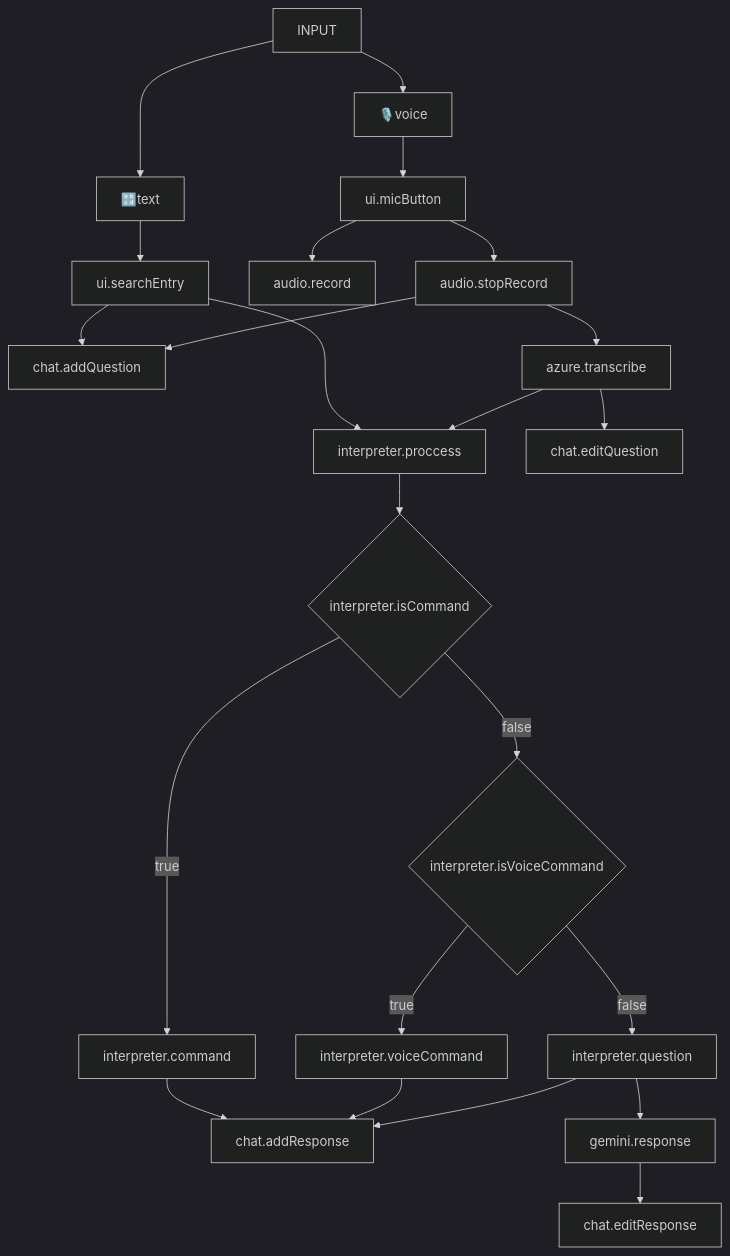
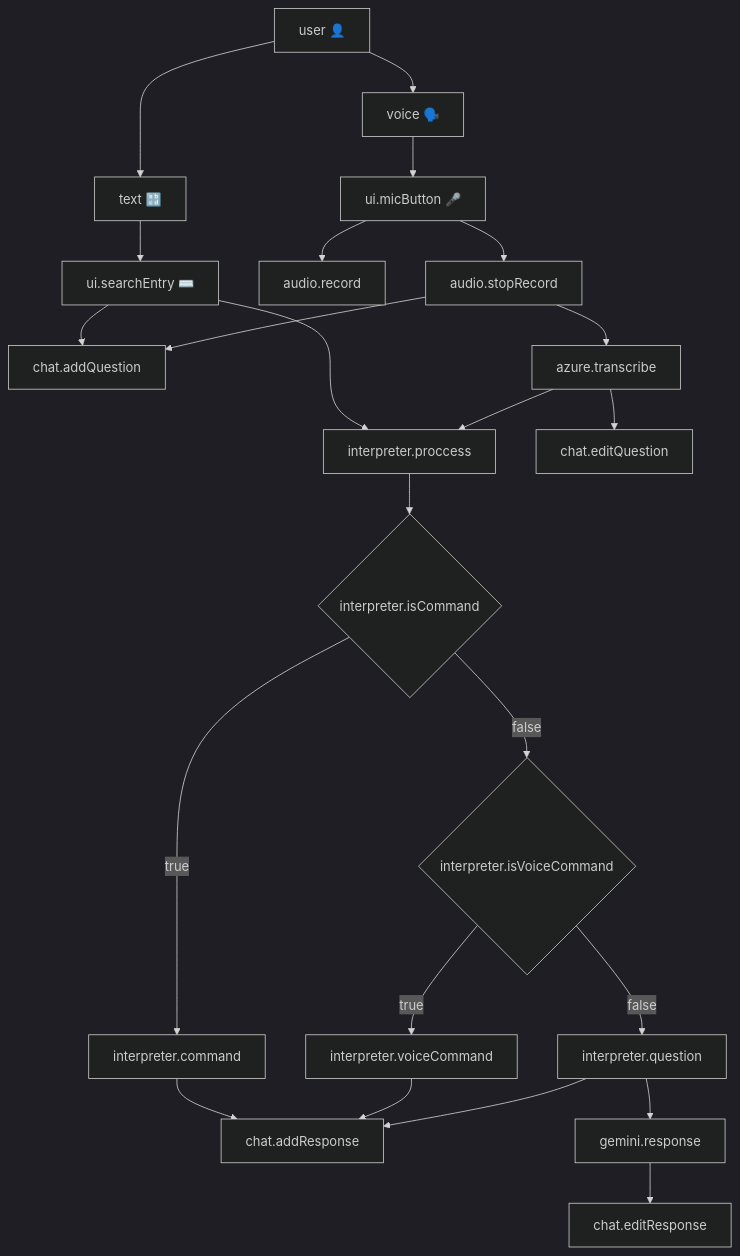
One commit to hermannhahn/aiva changed the diagram in Flowchart.md. Above: the diagram before and after it, drawn with Mermaid (dark theme). The commit also changed 1 other file, not shown here.

````diff
--- a/Flowchart.md
+++ b/Flowchart.md
@@ -1,34 +1,34 @@
 ```mermaid
 graph TD
     %% INPUT
-    INPUT[INPUT] --> INPUT_TEXT
+    INPUT[user 👤] --> INPUT_TEXT
     INPUT --> INPUT_VOICE
 
     %% TEXT
-    INPUT_TEXT[🔡text] --> SEARCH_ENTRY[ui.searchEntry]
+    INPUT_TEXT[text  🔡] --> SEARCH_ENTRY[ui.searchEntry ⌨️]
     SEARCH_ENTRY --> ADD_QUESTION[chat.addQuestion]
     SEARCH_ENTRY --> PROCCESS[interpreter.proccess]
 
     %% VOICE
-    INPUT_VOICE[🎙️voice] --> MIC_BUTTON[ui.micButton]
+    INPUT_VOICE[voice 🗣️] --> MIC_BUTTON[ui.micButton 🎤]
     MIC_BUTTON --> RECORD[audio.record]
     MIC_BUTTON --> STOP_RECORD[audio.stopRecord]
 
     %% Audio
     STOP_RECORD --> ADD_QUESTION
     STOP_RECORD --> TRANSCRIBE[azure.transcribe]
 
     %% Azure
     TRANSCRIBE --> EDIT_QUESTION[chat.editQuestion]
     TRANSCRIBE --> PROCCESS
 
     %% Interpreter
     PROCCESS --> IS_COMMAND{interpreter.isCommand}
     IS_COMMAND -- true --> COMMAND[interpreter.command] --> ADD_RESPONSE[chat.addResponse]
     IS_COMMAND -- false --> IS_VOICE_COMMAND{interpreter.isVoiceCommand}
     IS_VOICE_COMMAND -- true --> VOICE_COMMAND[interpreter.voiceCommand] --> ADD_RESPONSE
     IS_VOICE_COMMAND -- false --> QUESTION[interpreter.question] --> ADD_RESPONSE
 
     %% Gemini
     QUESTION --> RESPONSE[gemini.response] --> EDIT_RESPONSE[chat.editResponse]
 ```
````
